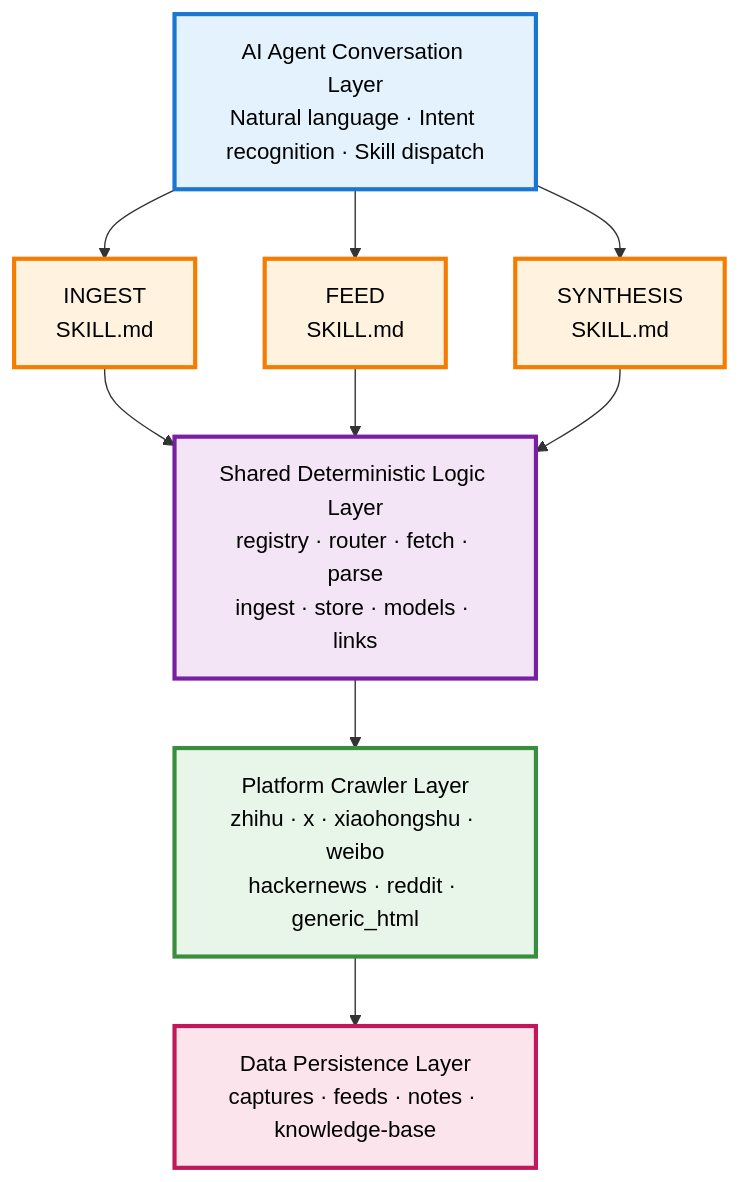
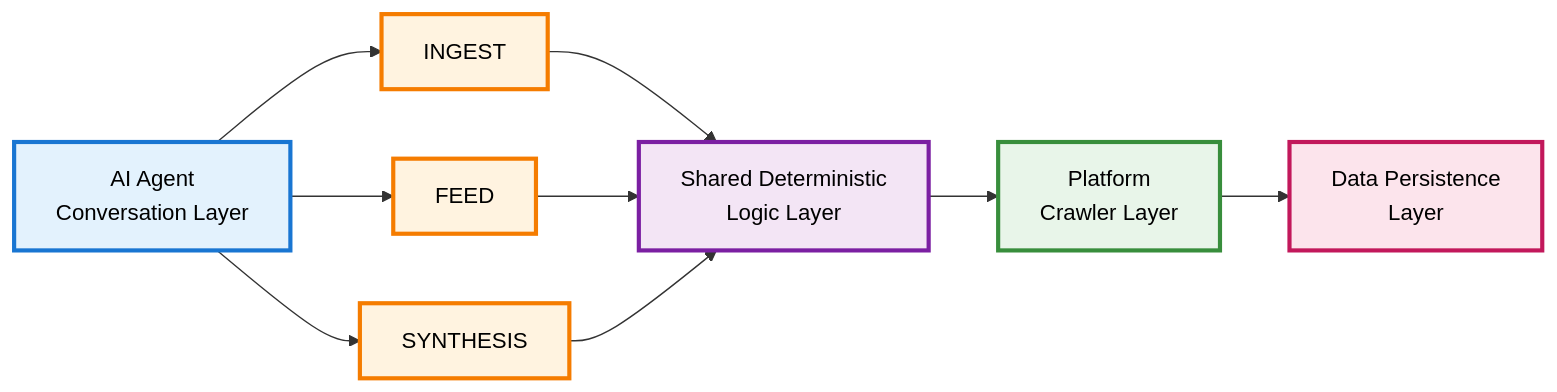
Before and after one commit to NatsuFox/Tapestry: the fourth of 4 diagrams in README.md, drawn with Mermaid. The commit also changed other lines of this file, not shown here.

Commit message:
refactor: change architecture diagrams to horizontal layout
Convert architecture design flowcharts from vertical (TB) to horizontal (LR):
- Simplify node labels for better horizontal flow
- Maintain the same pastel color scheme
- Improve readability with left-to-right progression
- Consistent with workflow overview diagrams

All diagrams now use horizontal layout for better space efficiency
and easier reading flow.

````diff
--- a/README.md
+++ b/README.md
@@ -748,27 +739,18 @@
 ```mermaid
-flowchart TB
-    A[AI Agent Conversation Layer<br/>Natural language · Intent recognition · Skill dispatch]
+flowchart LR
+    A[AI Agent<br/>Conversation Layer] --> B1[INGEST]
+    A --> B2[FEED]
+    A --> B3[SYNTHESIS]
 
-    B1[INGEST<br/>SKILL.md]
-    B2[FEED<br/>SKILL.md]
-    B3[SYNTHESIS<br/>SKILL.md]
-
-    C[Shared Deterministic Logic Layer<br/>registry · router · fetch · parse<br/>ingest · store · models · links]
-
-    D[Platform Crawler Layer<br/>zhihu · x · xiaohongshu · weibo<br/>hackernews · reddit · generic_html]
-
-    E[Data Persistence Layer<br/>captures · feeds · notes · knowledge-base]
-
-    A --> B1 & B2 & B3
-    B1 & B2 & B3 --> C
-    C --> D
-    D --> E
+    B1 & B2 & B3 --> C[Shared Deterministic<br/>Logic Layer]
+    C --> D[Platform<br/>Crawler Layer]
+    D --> E[Data Persistence<br/>Layer]
 
     style A fill:#e3f2fd,stroke:#1976d2,stroke-width:3px,color:#000
     style B1 fill:#fff3e0,stroke:#f57c00,stroke-width:3px,color:#000
     style B2 fill:#fff3e0,stroke:#f57c00,stroke-width:3px,color:#000
     style B3 fill:#fff3e0,stroke:#f57c00,stroke-width:3px,color:#000
     style C fill:#f3e5f5,stroke:#7b1fa2,stroke-width:3px,color:#000
     style D fill:#e8f5e9,stroke:#388e3c,stroke-width:3px,color:#000
     style E fill:#fce4ec,stroke:#c2185b,stroke-width:3px,color:#000
 ```
````
